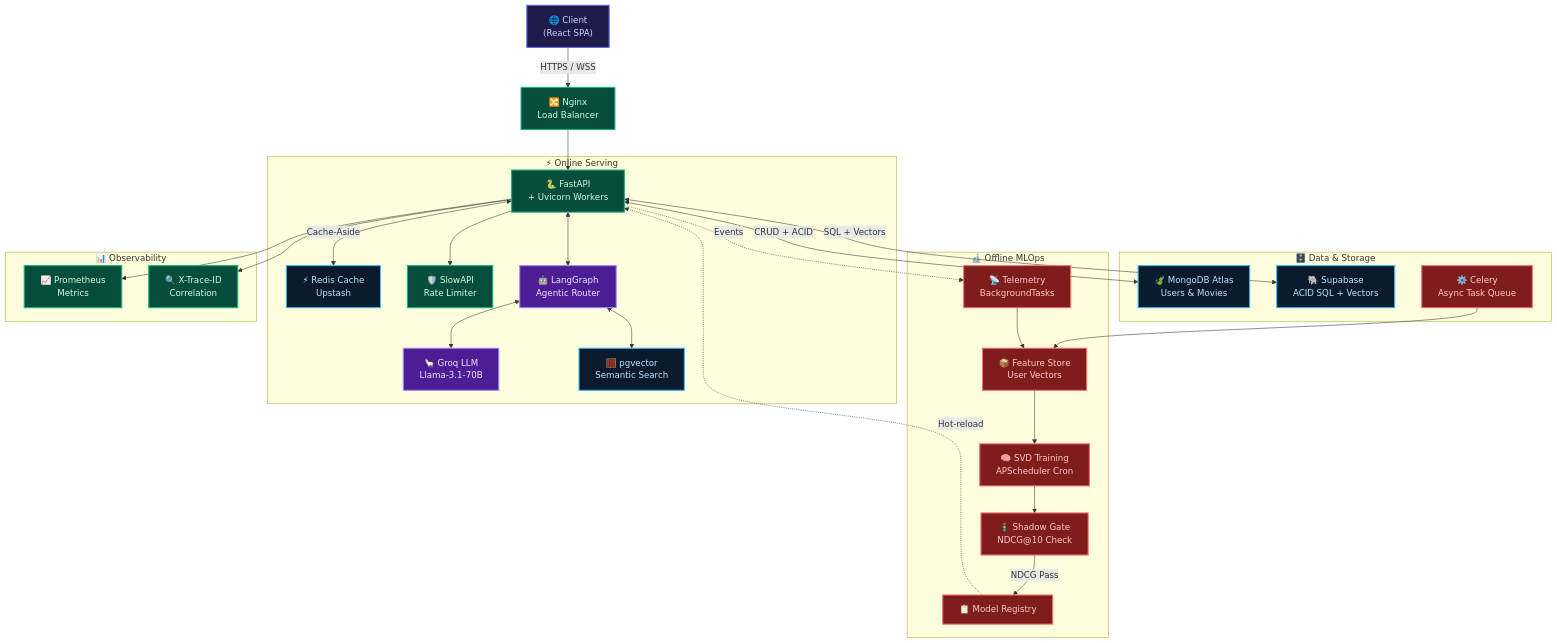
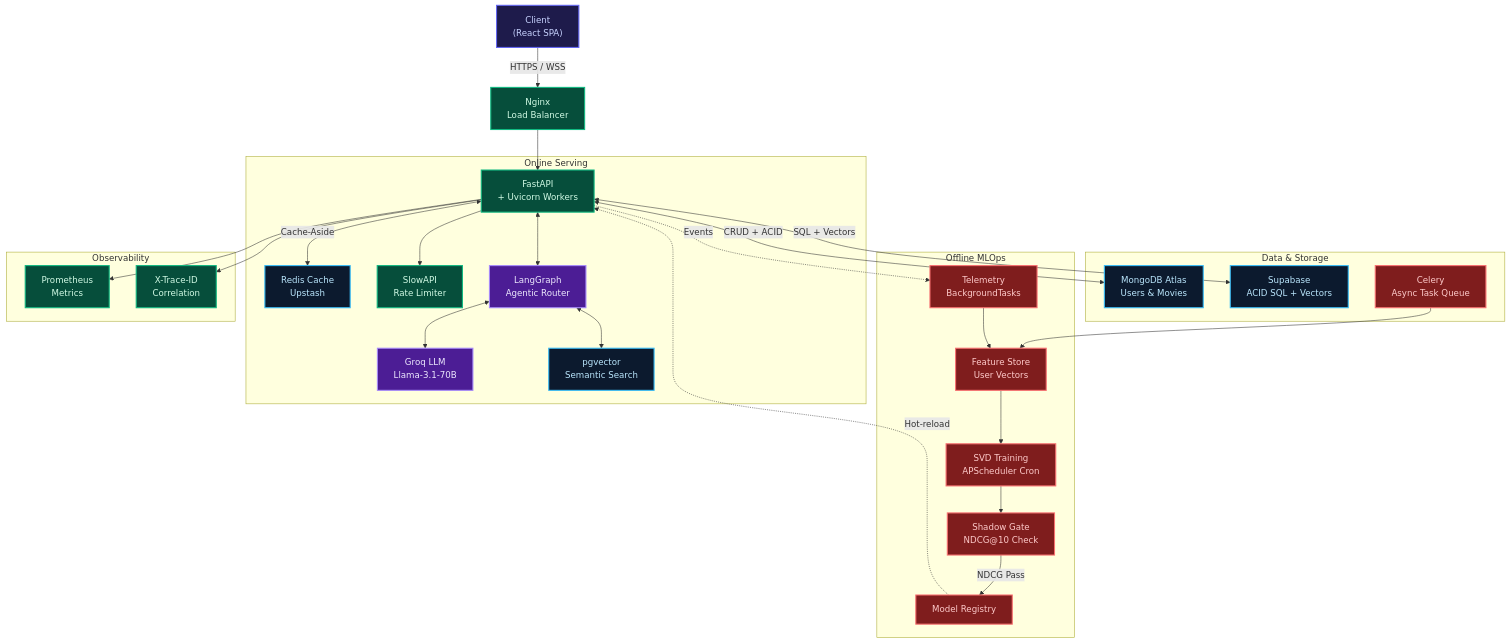
Before and after one commit to Gaurav711cgu/CineNexuz-Final: the diagram in README.md, drawn with Mermaid. The commit also changed other lines of this file and 2 other files, not shown here.

````diff
--- a/README.md
+++ b/README.md
@@ -114,58 +156,58 @@
 ```mermaid
 graph TD
     classDef client fill:#1e1b4b,stroke:#6366f1,stroke-width:2px,color:#c7d2fe
     classDef api fill:#064e3b,stroke:#10b981,stroke-width:2px,color:#d1fae5
     classDef model fill:#4c1d95,stroke:#a78bfa,stroke-width:2px,color:#ede9fe
     classDef db fill:#0c1a2e,stroke:#38bdf8,stroke-width:2px,color:#bae6fd
     classDef pipeline fill:#7f1d1d,stroke:#f87171,stroke-width:2px,color:#fecaca
 
-    Client["🌐 Client\n(React SPA)"]:::client
-    LB["🔀 Nginx\nLoad Balancer"]:::api
+    Client["Client\n(React SPA)"]:::client
+    LB["Nginx\nLoad Balancer"]:::api
 
-    subgraph OnlineLayer["⚡ Online Serving"]
-        FastAPI["🐍 FastAPI\n+ Uvicorn Workers"]:::api
-        Redis["⚡ Redis Cache\nUpstash"]:::db
-        RateLimiter["🛡️ SlowAPI\nRate Limiter"]:::api
-        LangGraph["🤖 LangGraph\nAgentic Router"]:::model
-        Groq["🦙 Groq LLM\nLlama-3.1-70B"]:::model
-        PgVector["🧮 pgvector\nSemantic Search"]:::db
+    subgraph OnlineLayer["Online Serving"]
+        FastAPI["FastAPI\n+ Uvicorn Workers"]:::api
+        Redis["Redis Cache\nUpstash"]:::db
+        RateLimiter["SlowAPI\nRate Limiter"]:::api
+        LangGraph["LangGraph\nAgentic Router"]:::model
+        Groq["Groq LLM\nLlama-3.1-70B"]:::model
+        PgVector["pgvector\nSemantic Search"]:::db
     end
 
-    subgraph DataLayer["🗄️ Data & Storage"]
-        MongoDB["🍃 MongoDB Atlas\nUsers & Movies"]:::db
-        Supabase["🐘 Supabase\nACID SQL + Vectors"]:::db
-        Celery["⚙️ Celery\nAsync Task Queue"]:::pipeline
+    subgraph DataLayer["Data & Storage"]
+        MongoDB["MongoDB Atlas\nUsers & Movies"]:::db
+        Supabase["Supabase\nACID SQL + Vectors"]:::db
+        Celery["Celery\nAsync Task Queue"]:::pipeline
     end
 
-    subgraph MLOps["🔬 Offline MLOps"]
-        Telemetry["📡 Telemetry\nBackgroundTasks"]:::pipeline
-        FeatureStore["📦 Feature Store\nUser Vectors"]:::pipeline
-        SVDTrain["🧠 SVD Training\nAPScheduler Cron"]:::pipeline
-        ShadowGate["🚦 Shadow Gate\nNDCG@10 Check"]:::pipeline
-        Registry["📋 Model Registry"]:::pipeline
+    subgraph MLOps["Offline MLOps"]
+        Telemetry["Telemetry\nBackgroundTasks"]:::pipeline
+        FeatureStore["Feature Store\nUser Vectors"]:::pipeline
+        SVDTrain["SVD Training\nAPScheduler Cron"]:::pipeline
+        ShadowGate["Shadow Gate\nNDCG@10 Check"]:::pipeline
+        Registry["Model Registry"]:::pipeline
     end
 
-    subgraph Observability["📊 Observability"]
-        Prometheus["📈 Prometheus\nMetrics"]:::api
-        TraceID["🔍 X-Trace-ID\nCorrelation"]:::api
+    subgraph Observability["Observability"]
+        Prometheus["Prometheus\nMetrics"]:::api
+        TraceID["X-Trace-ID\nCorrelation"]:::api
     end
 
     Client -->|HTTPS / WSS| LB
     LB --> FastAPI
     FastAPI <-->|Cache-Aside| Redis
     FastAPI <-->|CRUD + ACID| MongoDB
     FastAPI <-->|SQL + Vectors| Supabase
     FastAPI <--> LangGraph
     FastAPI --> RateLimiter
     LangGraph <--> Groq
     LangGraph <--> PgVector
     FastAPI --> Prometheus
     FastAPI --> TraceID
     FastAPI -.->|Events| Telemetry
     Celery --> FeatureStore
     Telemetry --> FeatureStore
     FeatureStore --> SVDTrain
     SVDTrain --> ShadowGate
     ShadowGate -->|NDCG Pass| Registry
     Registry -.->|Hot-reload| FastAPI
 ```
````
